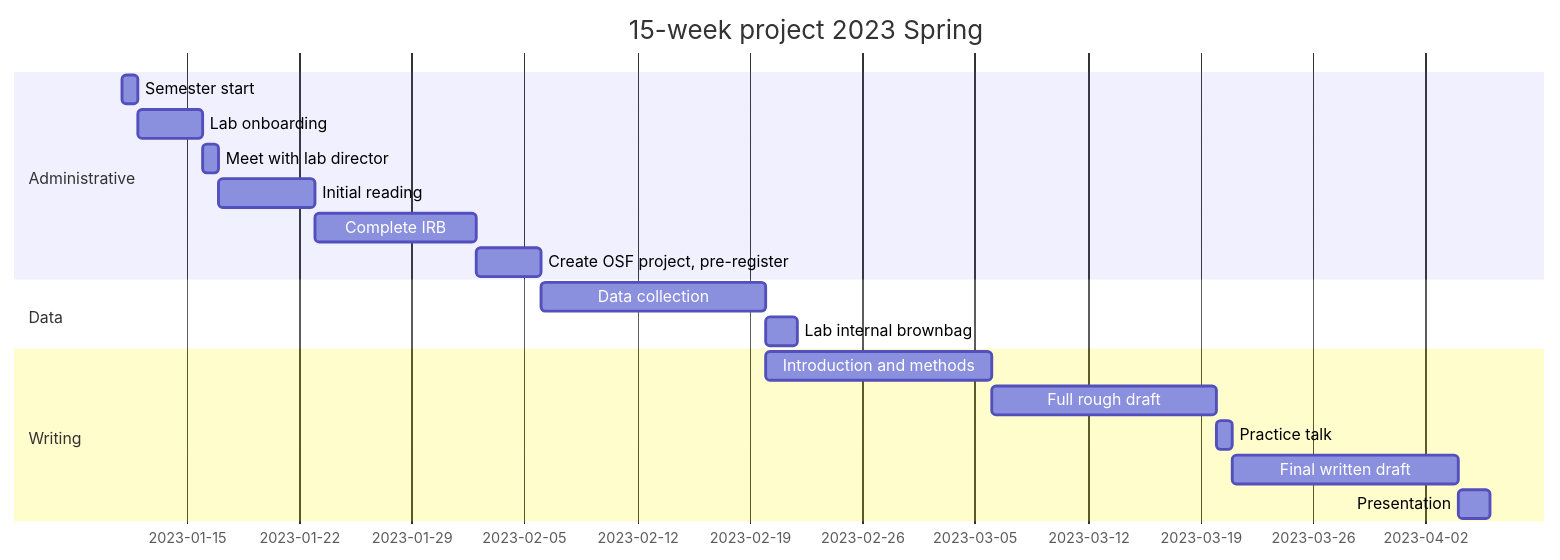
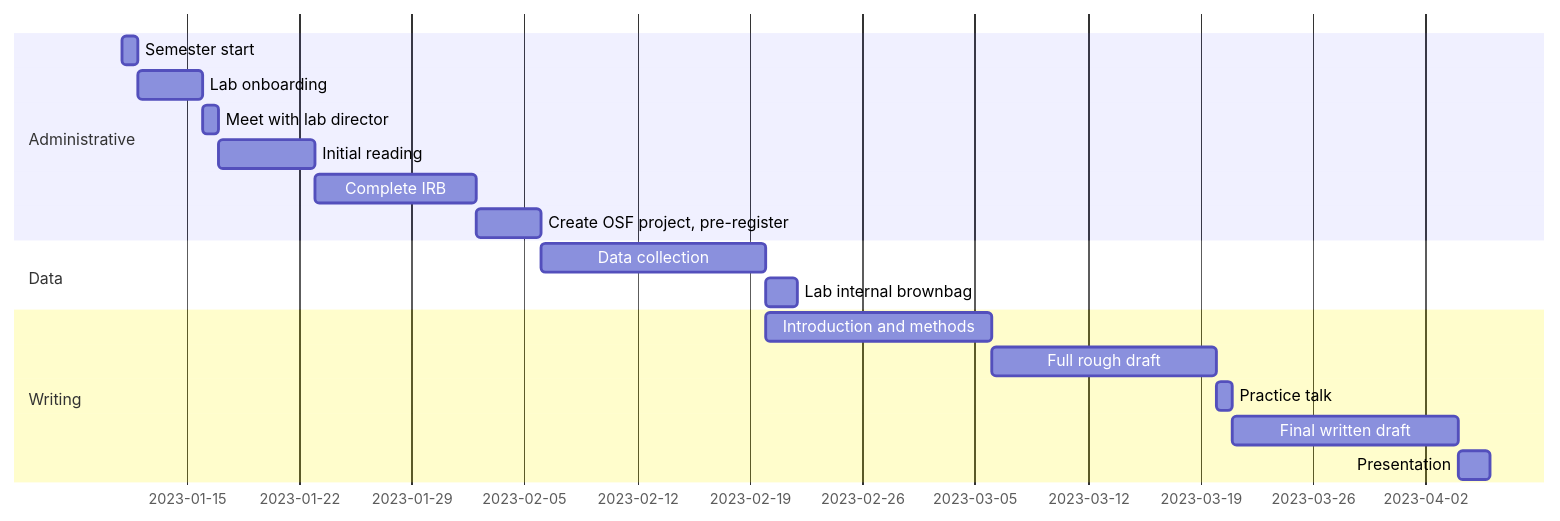
The diagram in figures/gantt-15.mmd (mavrxlab/manual), drawn with Mermaid before and after one commit. The commit also changed 12 other files, not shown here.

Commit message:
Fixing mermaid captions

```diff
--- a/figures/gantt-15.mmd
+++ b/figures/gantt-15.mmd
@@ -1,19 +1,18 @@
 gantt
-  title       15-week project 2023 Spring
   dateFormat  YYYY-MM
   section Administrative
     Semester start                      :adm1, 2023-01-11, 1d
   	Lab onboarding                      :onboarding, after adm1, 4d
     Meet with lab director              :labdir, after onboarding, 1d
   	Initial reading                     :reading, after labdir, 6d
     Complete IRB                        :irb, after reading, 10d
     Create OSF project, pre-register    :osf, after irb, 4d
   section Data
     Data collection                     :data1, after osf, 2w
     Lab internal brownbag               :brownbag, after data1 , 2d
   section Writing
     Introduction and methods            :methods, after data1, 2w
     Full rough draft                    :fullrough, after methods, 2w
     Practice talk                       :ptalk, after fullrough, 1d
   	Final written draft                 :finaldraft, after ptalk, 2w
   	Presentation                        :presentation, after finaldraft, 2d
```
